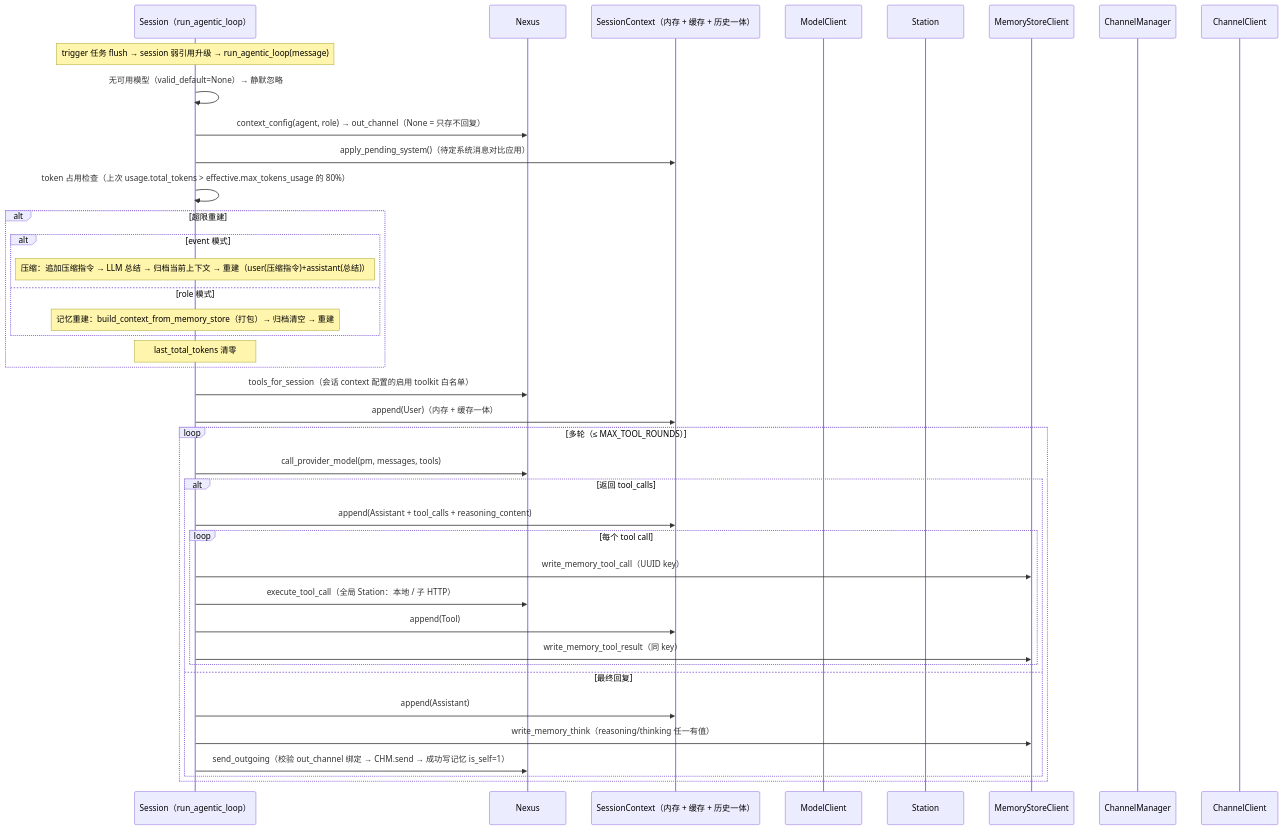
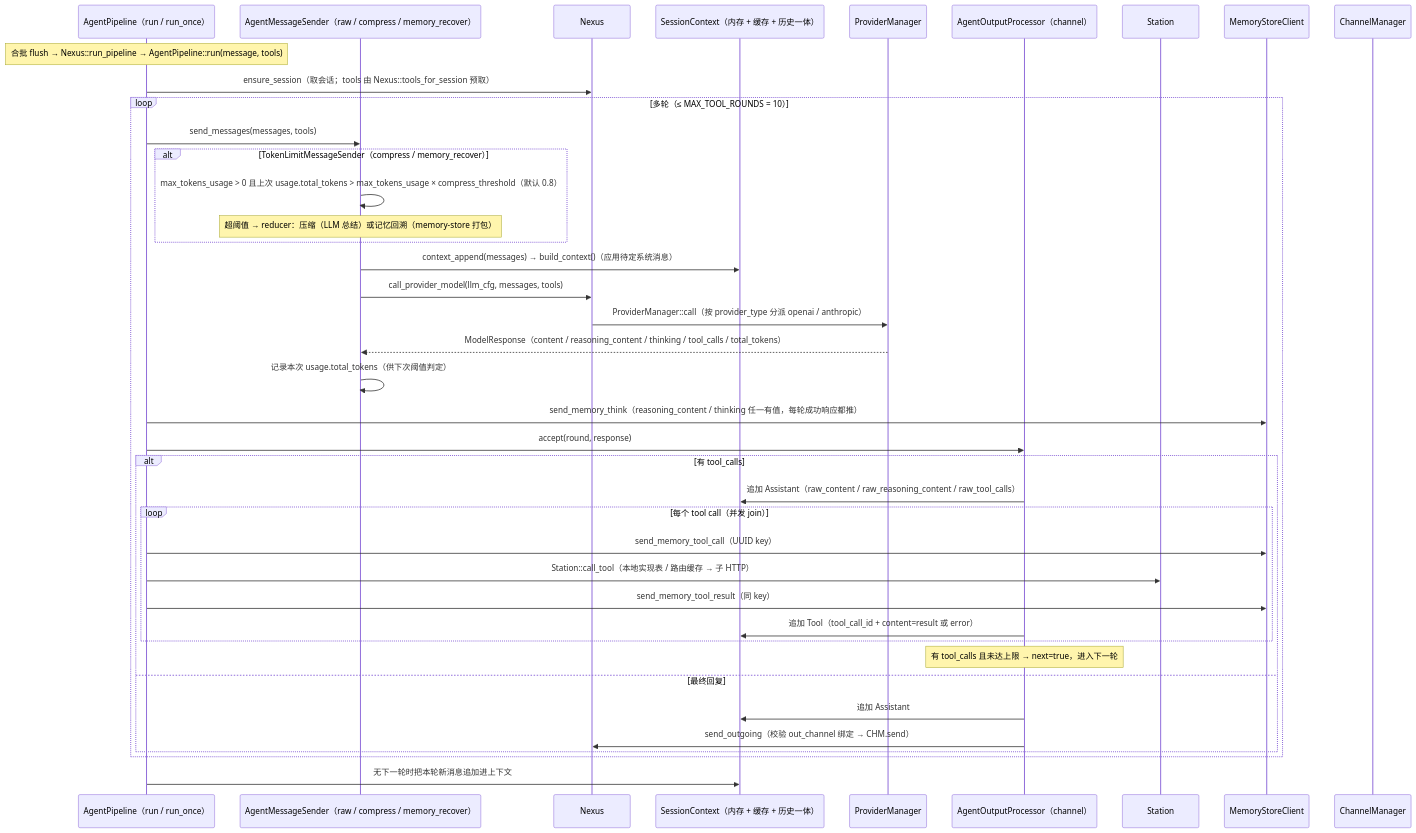
The fourth of 5 diagrams in docs/spec/agent-modules.md (coldcloude/kissbot), drawn with Mermaid before and after one commit. The commit also changed other lines of this file and 16 other files, not shown here.

````diff
--- a/docs/spec/agent-modules.md
+++ b/docs/spec/agent-modules.md
@@ -148,43 +164,43 @@
 ```mermaid
 sequenceDiagram
-    participant SM as Session（run_agentic_loop）
+    participant PL as AgentPipeline（run / run_once）
+    participant MSN as AgentMessageSender（raw / compress / memory_recover）
     participant CO as Nexus
     participant CTX as SessionContext（内存 + 缓存 + 历史一体）
-    participant MLC as ModelClient
+    participant PRV as ProviderManager
+    participant OUT as AgentOutputProcessor（channel）
     participant ST as Station
     participant MSC as MemoryStoreClient
     participant CHM as ChannelManager
-    participant CC as ChannelClient
 
-    Note over SM: trigger 任务 flush → session 弱引用升级 → run_agentic_loop(message)
-    SM->>SM: 无可用模型（valid_default=None）→ 静默忽略
-    SM->>CO: context_config(agent, role) → out_channel（None = 只存不回复）
-    SM->>CTX: apply_pending_system()（待定系统消息对比应用）
-    SM->>SM: token 占用检查（上次 usage.total_tokens > effective.max_tokens_usage 的 80%）
-    alt 超限重建
-        alt event 模式
-            Note over SM: 压缩：追加压缩指令 → LLM 总结 → 归档当前上下文 → 重建（user(压缩指令)+assistant(总结)）
-        else role 模式
-            Note over SM: 记忆重建：build_context_from_memory_store（打包）→ 归档清空 → 重建
+    Note over PL: 合批 flush → Nexus::run_pipeline → AgentPipeline::run(message, tools)
+    PL->>CO: ensure_session（取会话；tools 由 Nexus::tools_for_session 预取）
+    loop 多轮（≤ MAX_TOOL_ROUNDS = 10）
+        PL->>MSN: send_messages(messages, tools)
+        alt TokenLimitMessageSender（compress / memory_recover）
+            MSN->>MSN: max_tokens_usage > 0 且上次 usage.total_tokens > max_tokens_usage × compress_threshold（默认 0.8）
+            Note over MSN: 超阈值 → reducer：压缩（LLM 总结）或记忆回溯（memory-store 打包）
         end
-        Note over SM: last_total_tokens 清零
-    end
-    SM->>CO: tools_for_session（会话 context 配置的启用 toolkit 白名单）
-    SM->>CTX: append(User)（内存 + 缓存一体）
-    loop 多轮（≤ MAX_TOOL_ROUNDS）
-        SM->>CO: call_provider_model(pm, messages, tools)
-        alt 返回 tool_calls
-            SM->>CTX: append(Assistant + tool_calls + reasoning_content)
-            loop 每个 tool call
-                SM->>MSC: write_memory_tool_call（UUID key）
-                SM->>CO: execute_tool_call（全局 Station：本地 / 子 HTTP）
-                SM->>CTX: append(Tool)
-                SM->>MSC: write_memory_tool_result（同 key）
+        MSN->>CTX: context_append(messages) → build_context()（应用待定系统消息）
+        MSN->>CO: call_provider_model(llm_cfg, messages, tools)
+        CO->>PRV: ProviderManager::call（按 provider_type 分派 openai / anthropic）
+        PRV-->>MSN: ModelResponse（content / reasoning_content / thinking / tool_calls / total_tokens）
+        MSN->>MSN: 记录本次 usage.total_tokens（供下次阈值判定）
+        PL->>MSC: send_memory_think（reasoning_content / thinking 任一有值，每轮成功响应都推）
+        PL->>OUT: accept(round, response)
+        alt 有 tool_calls
+            OUT->>CTX: 追加 Assistant（raw_content / raw_reasoning_content / raw_tool_calls）
+            loop 每个 tool call（并发 join）
+                PL->>MSC: send_memory_tool_call（UUID key）
+                PL->>ST: Station::call_tool（本地实现表 / 路由缓存 → 子 HTTP）
+                PL->>MSC: send_memory_tool_result（同 key）
+                OUT->>CTX: 追加 Tool（tool_call_id + content=result 或 error）
             end
+            Note over OUT: 有 tool_calls 且未达上限 → next=true，进入下一轮
         else 最终回复
-            SM->>CTX: append(Assistant)
-            SM->>MSC: write_memory_think（reasoning/thinking 任一有值）
-            SM->>CO: send_outgoing（校验 out_channel 绑定 → CHM.send → 成功写记忆 is_self=1）
+            OUT->>CTX: 追加 Assistant
+            OUT->>CO: send_outgoing（校验 out_channel 绑定 → CHM.send）
         end
     end
+    PL->>CTX: 无下一轮时把本轮新消息追加进上下文
 ```
````
